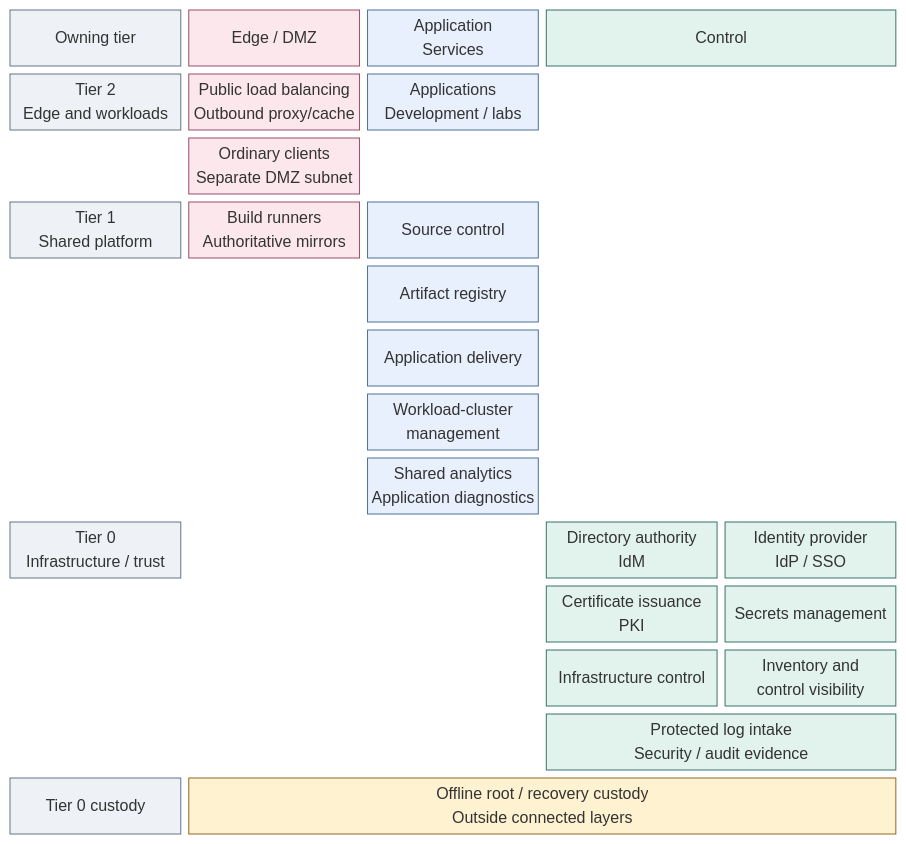
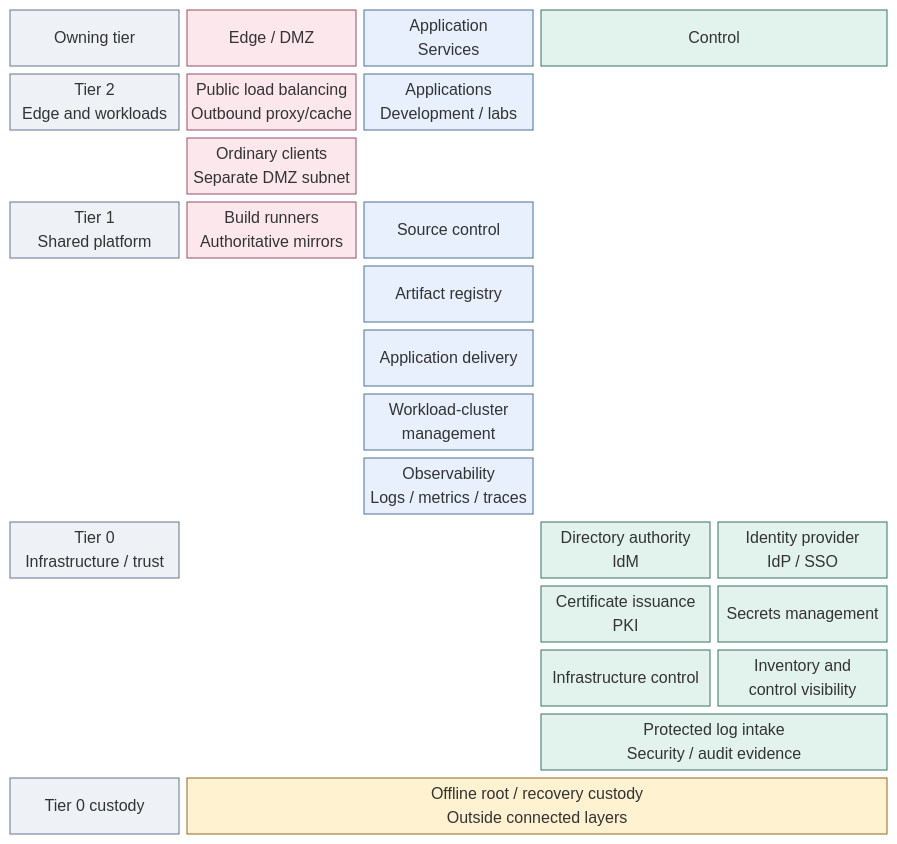
Before and after one commit to Rexus/homelab: the first of 3 diagrams in docs/architecture/README.md, drawn with Mermaid (forest theme). The commit also changed other lines of this file and 34 other files, not shown here.

````diff
--- a/docs/architecture/README.md
+++ b/docs/architecture/README.md
@@ -56,36 +56,36 @@
 ```mermaid
 block-beta
   columns 5
   Ownership["Owning tier"] Edge["Edge / DMZ"] Application["Application<br/>Services"] Control["Control"]:2
   T2["Tier 2<br/>Edge and workloads"]
   PublicEdge["Public load balancing<br/>Outbound proxy/cache"]
   Workloads["Applications<br/>Development / labs"]
   space:2
   space Clients["Ordinary clients<br/>Separate DMZ subnet"] space:3
   T1["Tier 1<br/>Shared platform"]
   Publication["Build runners<br/>Authoritative mirrors"]
   Source["Source control"] space:2
   space:2 Artifacts["Artifact registry"] space:2
   space:2 Delivery["Application delivery"] space:2
   space:2 WorkloadManagement["Workload-cluster<br/>management"] space:2
-  space:2 Analytics["Shared analytics<br/>Application diagnostics"] space:2
+  space:2 Analytics["Observability<br/>Logs / metrics / traces"] space:2
   T0["Tier 0<br/>Infrastructure / trust"]
   space:2
   IdM["Directory authority<br/>IdM"] IdP["Identity provider<br/>IdP / SSO"]
   space:3 PKI["Certificate issuance<br/>PKI"] Secrets["Secrets management"]
   space:3 Infrastructure["Infrastructure control"] Operations["Inventory and<br/>control visibility"]
   space:3 Evidence["Protected log intake<br/>Security / audit evidence"]:2
   Custodians["Tier 0 custody"]
   Offline["Offline root / recovery custody<br/>Outside connected layers"]:4
   classDef default fill:#f8fafc,stroke:#64748b,color:#1f2937
   classDef boundary fill:#eef2f6,stroke:#64748b,color:#1f2937
   classDef edge fill:#fce8ec,stroke:#9b4d67,color:#502638
   classDef services fill:#e7f0fc,stroke:#4d719b,color:#203a5b
   classDef control fill:#e2f3ed,stroke:#397366,color:#173f36
   classDef custody fill:#fff2d1,stroke:#926820,color:#584013
   class Ownership,T2,T1,T0,Custodians boundary
   class Edge,PublicEdge,Clients,Publication edge
   class Application,Workloads,Source,Artifacts,Delivery,WorkloadManagement,Analytics services
   class Control,IdM,IdP,PKI,Secrets,Infrastructure,Operations,Evidence control
   class Offline custody
 ```
````
